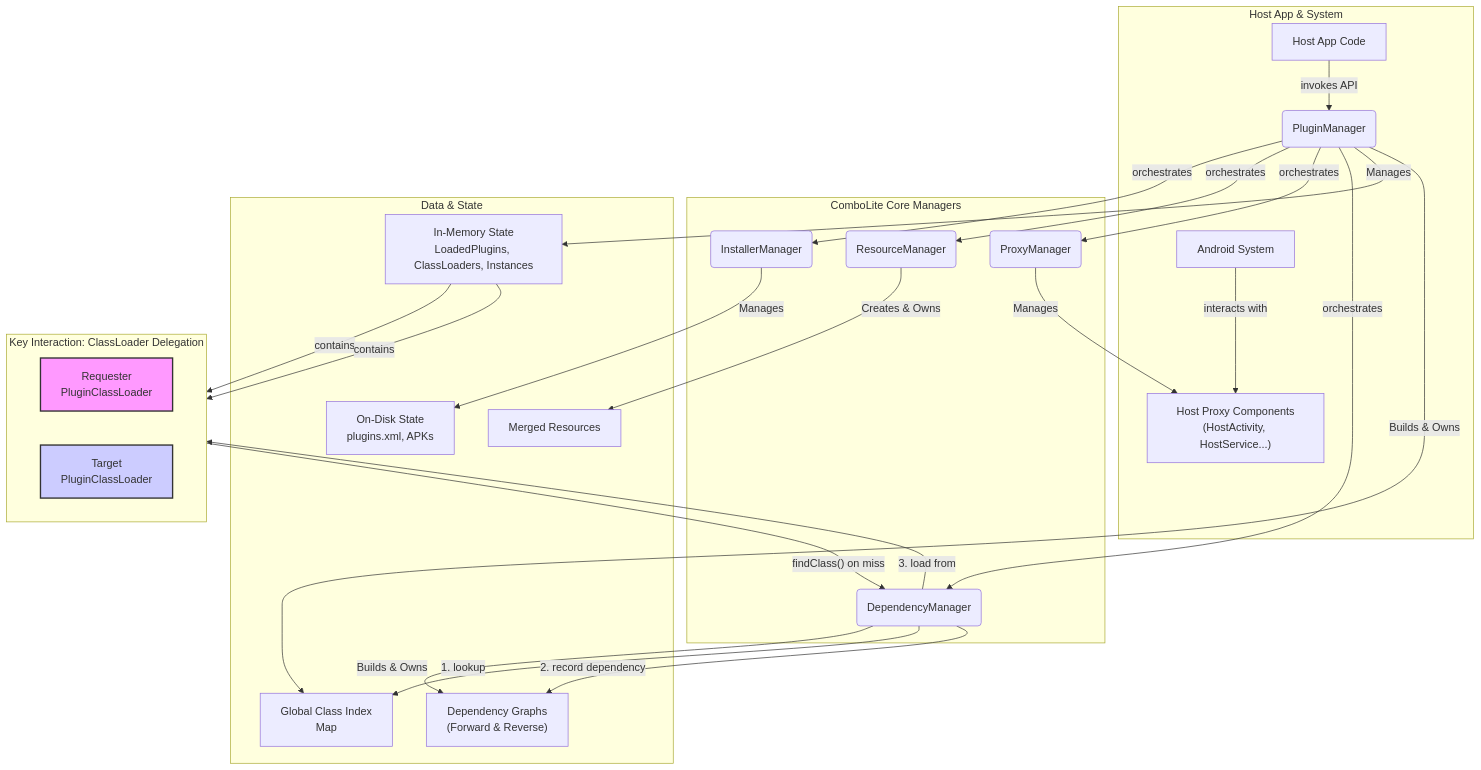
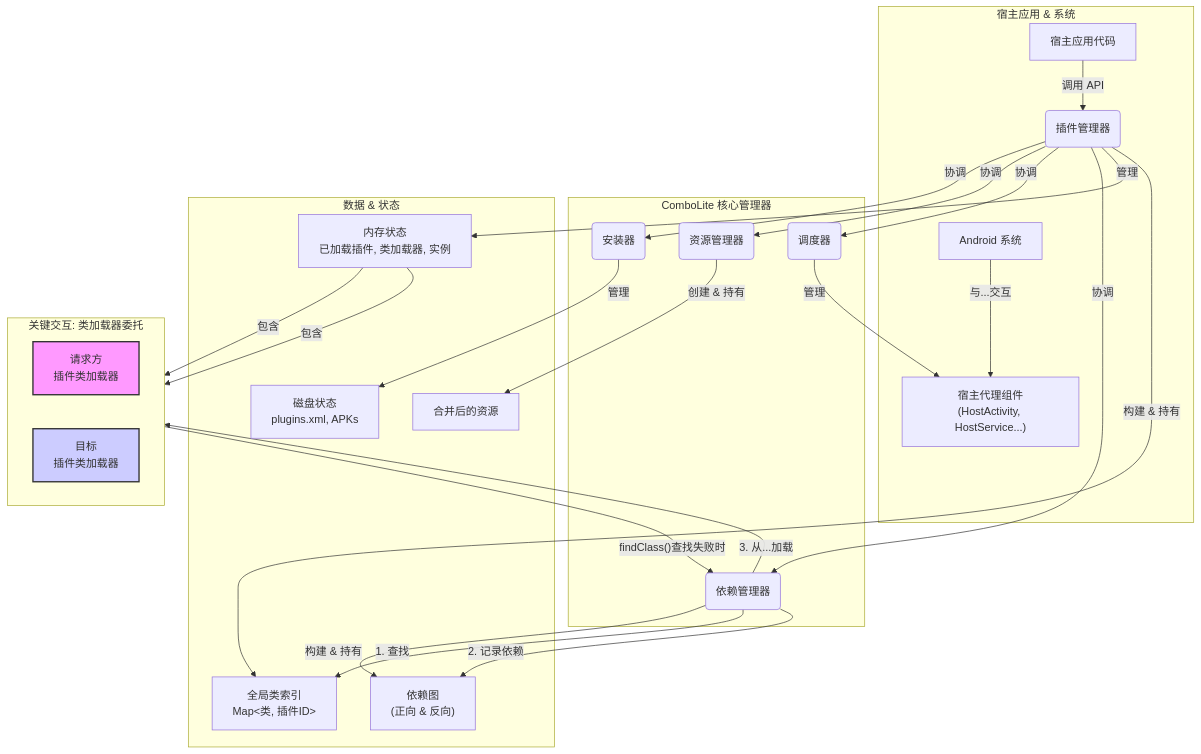
One commit to lnzz123/ComboLite changed the diagram in README.md. Above: the diagram before and after it, drawn with Mermaid. The commit also changed other lines of this file and 10 other files, not shown here.

`````diff
--- a/README.md
+++ b/README.md
@@ -131,45 +129,45 @@
 ```mermaid
 graph TD
-    subgraph "Host App & System"
-        HostApp[Host App Code] -- invokes API --> PM(PluginManager)
-        AndroidSystem[Android System] -- interacts with --> HostProxies["Host Proxy Components<br>(HostActivity, HostService...)"]
+    subgraph "宿主应用 & 系统"
+        HostApp[宿主应用代码] -- 调用 API --> PM(插件管理器)
+        AndroidSystem[Android 系统] -- 与...交互 --> HostProxies["宿主代理组件<br>(HostActivity, HostService...)"]
     end
 
-    subgraph "ComboLite Core Managers"
-        PM -- orchestrates --> IM(InstallerManager)
-        PM -- orchestrates --> RM(ResourceManager)
-        PM -- orchestrates --> ProxyM(ProxyManager)
-        PM -- orchestrates --> DM(DependencyManager)
+    subgraph "ComboLite 核心管理器"
+        PM -- 协调 --> IM(安装器)
+        PM -- 协调 --> RM(资源管理器)
+        PM -- 协调 --> ProxyM(调度器)
+        PM -- 协调 --> DM(依赖管理器)
     end
     
-    subgraph "Data & State"
-        OnDiskState["On-Disk State<br>plugins.xml, APKs"]
-        InMemoryState["In-Memory State<br>LoadedPlugins, ClassLoaders, Instances"]
-        ClassIndex["Global Class Index<br>Map<Class, PluginId>"]
-        DepGraph["Dependency Graphs<br>(Forward & Reverse)"]
-        MergedRes["Merged Resources"]
+    subgraph "数据 & 状态"
+        OnDiskState["磁盘状态<br>plugins.xml, APKs"]
+        InMemoryState["内存状态<br>已加载插件, 类加载器, 实例"]
+        ClassIndex["全局类索引<br>Map<类, 插件ID>"]
+        DepGraph["依赖图<br>(正向 & 反向)"]
+        MergedRes["合并后的资源"]
     end
     
-    %% --- Manager Responsibilities ---
-    IM -- "Manages" --> OnDiskState
-    PM -- "Manages" --> InMemoryState
-    PM -- "Builds & Owns" --> ClassIndex
-    DM -- "Builds & Owns" --> DepGraph
-    RM -- "Creates & Owns" --> MergedRes
-    ProxyM -- "Manages" --> HostProxies
+    %% --- 管理器职责 ---
+    IM -- "管理" --> OnDiskState
+    PM -- "管理" --> InMemoryState
+    PM -- "构建 & 持有" --> ClassIndex
+    DM -- "构建 & 持有" --> DepGraph
+    RM -- "创建 & 持有" --> MergedRes
+    ProxyM -- "管理" --> HostProxies
     
-    %% --- Key Interactions ---
-    subgraph "Key Interaction: ClassLoader Delegation"
+    %% --- 关键交互 ---
+    subgraph "关键交互: 类加载器委托"
         direction LR
         style RequesterPCL fill:#f9f,stroke:#333,stroke-width:2px
         style TargetPCL fill:#ccf,stroke:#333,stroke-width:2px
         
-        RequesterPCL["Requester<br>PluginClassLoader"] -- "findClass() on miss" --> DM
-        DM -- "1. lookup" --> ClassIndex
-        DM -- "2. record dependency" --> DepGraph
-        DM -- "3. load from" --> TargetPCL["Target<br>PluginClassLoader"]
+        RequesterPCL["请求方<br>插件类加载器"] -- "findClass()查找失败时" --> DM
+        DM -- "1. 查找" --> ClassIndex
+        DM -- "2. 记录依赖" --> DepGraph
+        DM -- "3. 从...加载" --> TargetPCL["目标<br>插件类加载器"]
     end
     
-    InMemoryState -- contains --> RequesterPCL
-    InMemoryState -- contains --> TargetPCL
+    InMemoryState -- 包含 --> RequesterPCL
+    InMemoryState -- 包含 --> TargetPCL
 ````
`````
